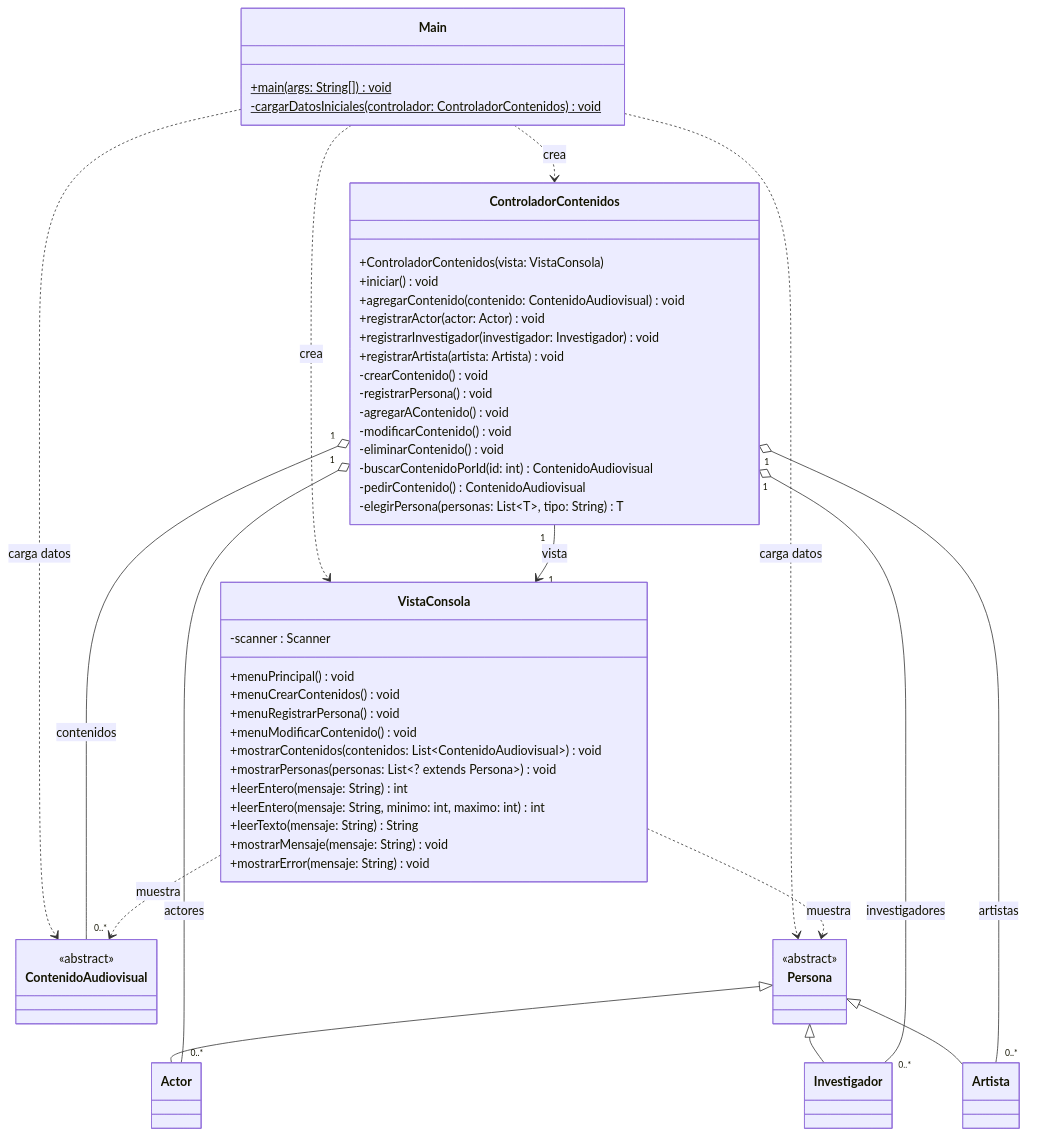
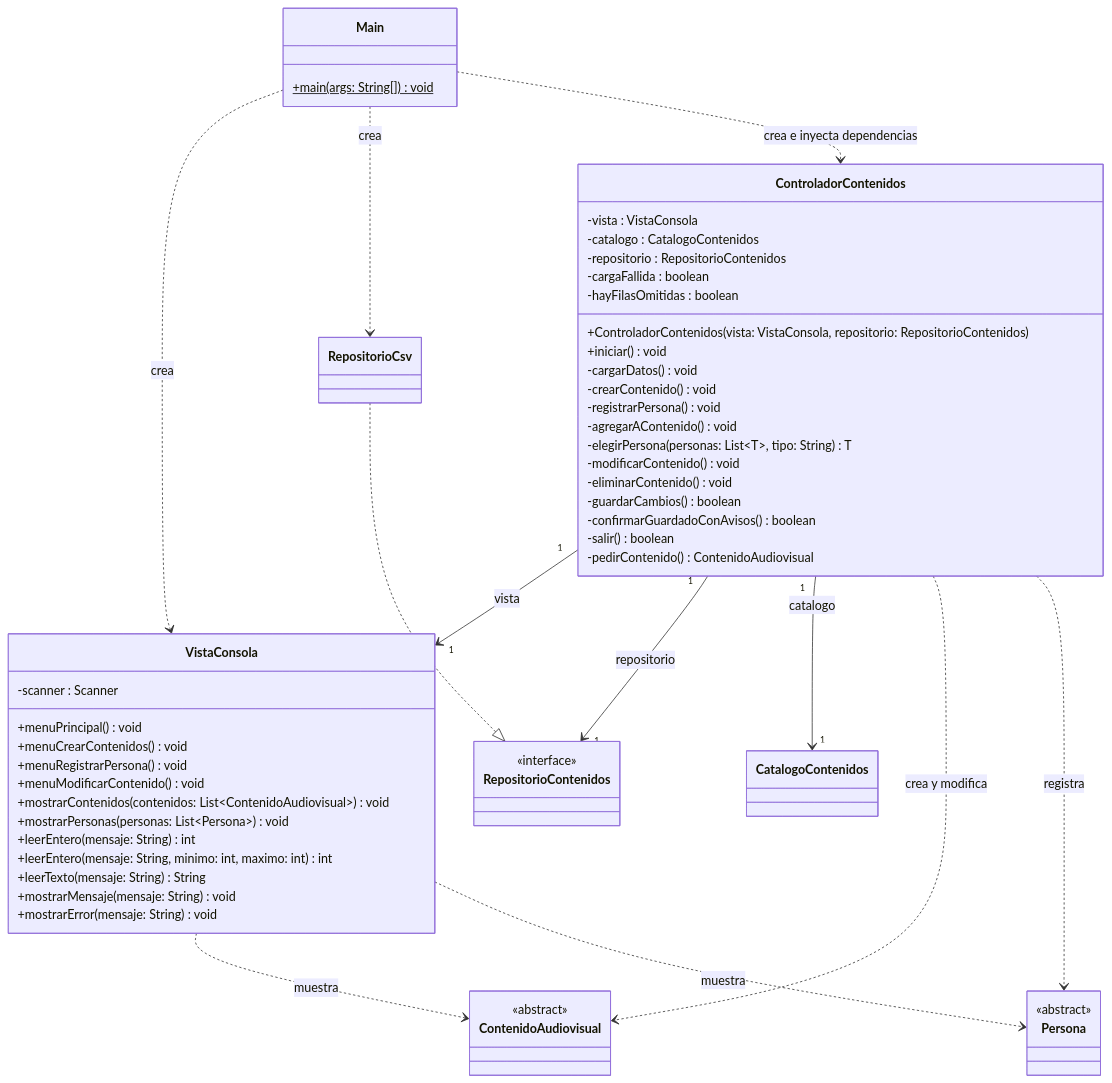
One commit to nzanthony/poo-contenidos-audiovisuales changed the third of 3 diagrams in docs/diagrama-clases.md. Above: the diagram before and after it, drawn with Mermaid. The commit also changed other lines of this file and 14 other files, not shown here.

Commit message:
Actualiza el README y el diagrama de clases con la persistencia en CSV y las pruebas

````diff
--- a/docs/diagrama-clases.md
+++ b/docs/diagrama-clases.md
@@ -101,61 +200,63 @@
 ```mermaid
 classDiagram
     class Main {
-        +main(args: String[]) void$
-        -cargarDatosIniciales(controlador: ControladorContenidos) void$
+        +main(args: String[])$ void
     }
     class VistaConsola {
         -scanner : Scanner
         +menuPrincipal() void
         +menuCrearContenidos() void
         +menuRegistrarPersona() void
         +menuModificarContenido() void
         +mostrarContenidos(contenidos: List~ContenidoAudiovisual~) void
-        +mostrarPersonas(personas: List~? extends Persona~) void
+        +mostrarPersonas(personas: List~Persona~) void
         +leerEntero(mensaje: String) int
         +leerEntero(mensaje: String, minimo: int, maximo: int) int
         +leerTexto(mensaje: String) String
         +mostrarMensaje(mensaje: String) void
         +mostrarError(mensaje: String) void
     }
     class ControladorContenidos {
-        +ControladorContenidos(vista: VistaConsola)
+        -vista : VistaConsola
+        -catalogo : CatalogoContenidos
+        -repositorio : RepositorioContenidos
+        -cargaFallida : boolean
+        -hayFilasOmitidas : boolean
+        +ControladorContenidos(vista: VistaConsola, repositorio: RepositorioContenidos)
         +iniciar() void
-        +agregarContenido(contenido: ContenidoAudiovisual) void
-        +registrarActor(actor: Actor) void
-        +registrarInvestigador(investigador: Investigador) void
-        +registrarArtista(artista: Artista) void
+        -cargarDatos() void
         -crearContenido() void
         -registrarPersona() void
         -agregarAContenido() void
+        -elegirPersona(personas: List~T~, tipo: String) T
         -modificarContenido() void
         -eliminarContenido() void
-        -buscarContenidoPorId(id: int) ContenidoAudiovisual
+        -guardarCambios() boolean
+        -confirmarGuardadoConAvisos() boolean
+        -salir() boolean
         -pedirContenido() ContenidoAudiovisual
-        -elegirPersona(personas: List~T~, tipo: String) T
     }
+    class RepositorioContenidos {
+        <<interface>>
+    }
+    class RepositorioCsv
+    class CatalogoContenidos
     class ContenidoAudiovisual {
         <<abstract>>
     }
     class Persona {
         <<abstract>>
     }
-    class Actor
-    class Investigador
-    class Artista
 
-    Persona <|-- Actor
-    Persona <|-- Investigador
-    Persona <|-- Artista
+    RepositorioCsv ..|> RepositorioContenidos
     Main ..> VistaConsola : crea
-    Main ..> ControladorContenidos : crea
-    Main ..> ContenidoAudiovisual : carga datos
-    Main ..> Persona : carga datos
+    Main ..> RepositorioCsv : crea
+    Main ..> ControladorContenidos : crea e inyecta dependencias
     ControladorContenidos "1" --> "1" VistaConsola : vista
-    ControladorContenidos "1" o-- "0..*" ContenidoAudiovisual : contenidos
-    ControladorContenidos "1" o-- "0..*" Actor : actores
-    ControladorContenidos "1" o-- "0..*" Investigador : investigadores
-    ControladorContenidos "1" o-- "0..*" Artista : artistas
+    ControladorContenidos "1" --> "1" RepositorioContenidos : repositorio
+    ControladorContenidos "1" --> "1" CatalogoContenidos : catalogo
+    ControladorContenidos ..> ContenidoAudiovisual : crea y modifica
+    ControladorContenidos ..> Persona : registra
     VistaConsola ..> ContenidoAudiovisual : muestra
     VistaConsola ..> Persona : muestra
 ```
````
